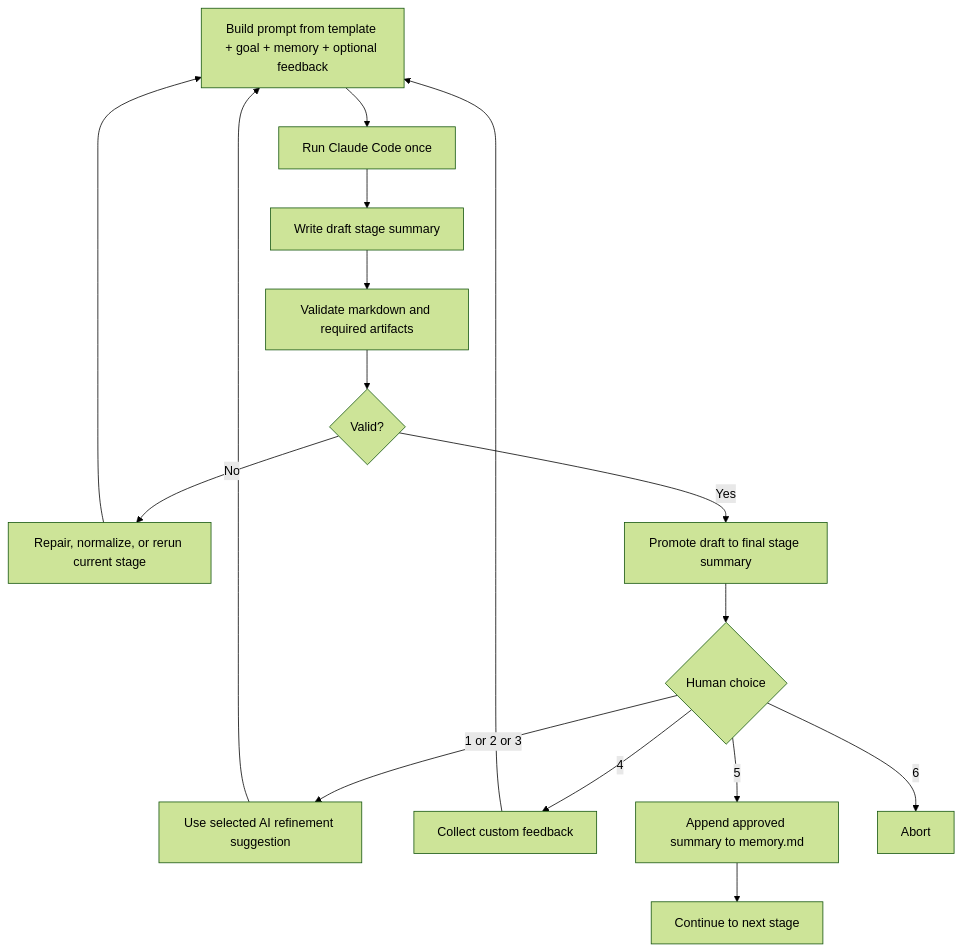
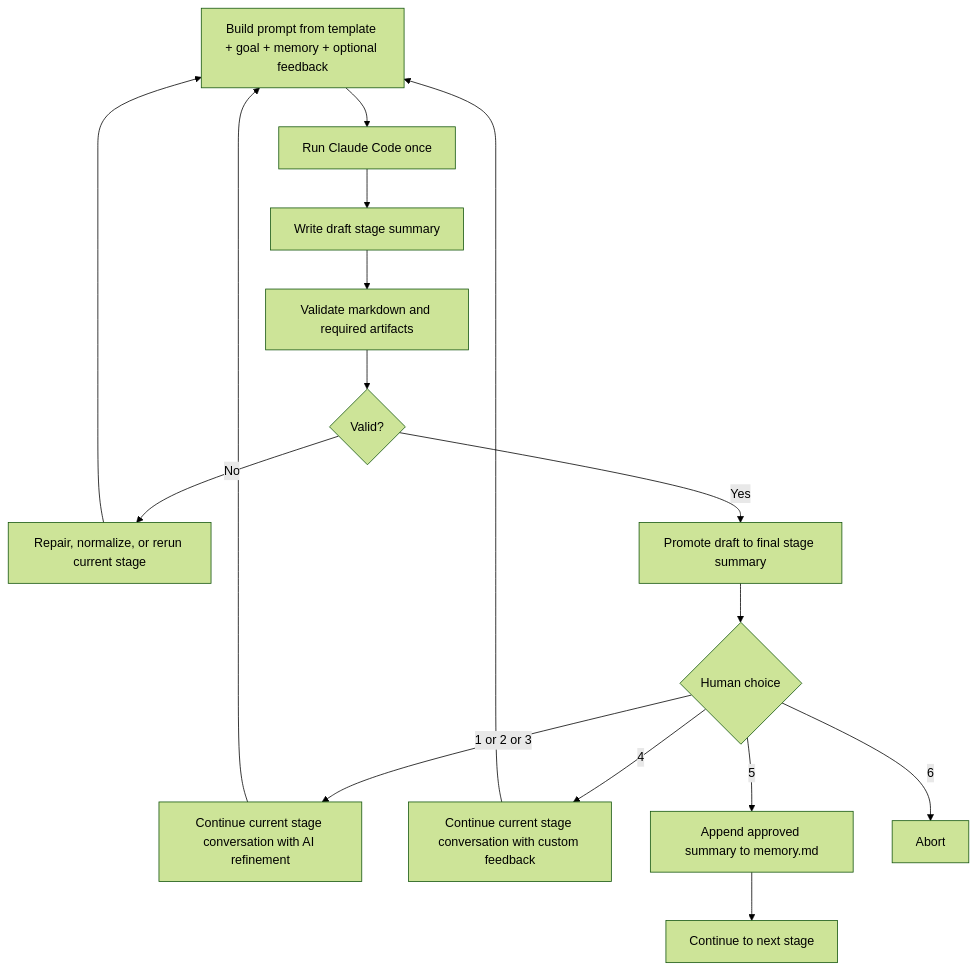
One commit to AutoX-Labs/AutoR changed the fourth of 4 diagrams in README.md. Above: the diagram before and after it, drawn with Mermaid (forest theme). The commit also changed other lines of this file and 4 other files, not shown here.

````diff
--- a/README.md
+++ b/README.md
@@ -133,18 +134,18 @@
 ```mermaid
 flowchart TD
     A[Build prompt from template + goal + memory + optional feedback] --> B[Run Claude Code once]
     B --> C[Write draft stage summary]
     C --> D[Validate markdown and required artifacts]
     D --> E{Valid?}
     E -- No --> F[Repair, normalize, or rerun current stage]
     F --> A
     E -- Yes --> G[Promote draft to final stage summary]
     G --> H{Human choice}
-    H -- 1 or 2 or 3 --> I[Use selected AI refinement suggestion]
+    H -- 1 or 2 or 3 --> I[Continue current stage conversation with AI refinement]
     I --> A
-    H -- 4 --> J[Collect custom feedback]
+    H -- 4 --> J[Continue current stage conversation with custom feedback]
     J --> A
     H -- 5 --> K[Append approved summary to memory.md]
     K --> L[Continue to next stage]
     H -- 6 --> X[Abort]
 ```
````
